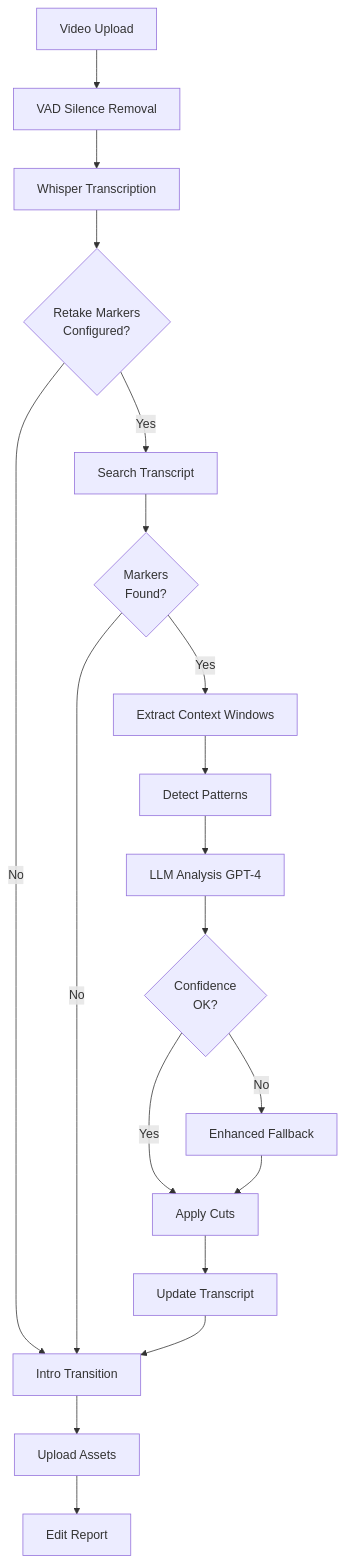
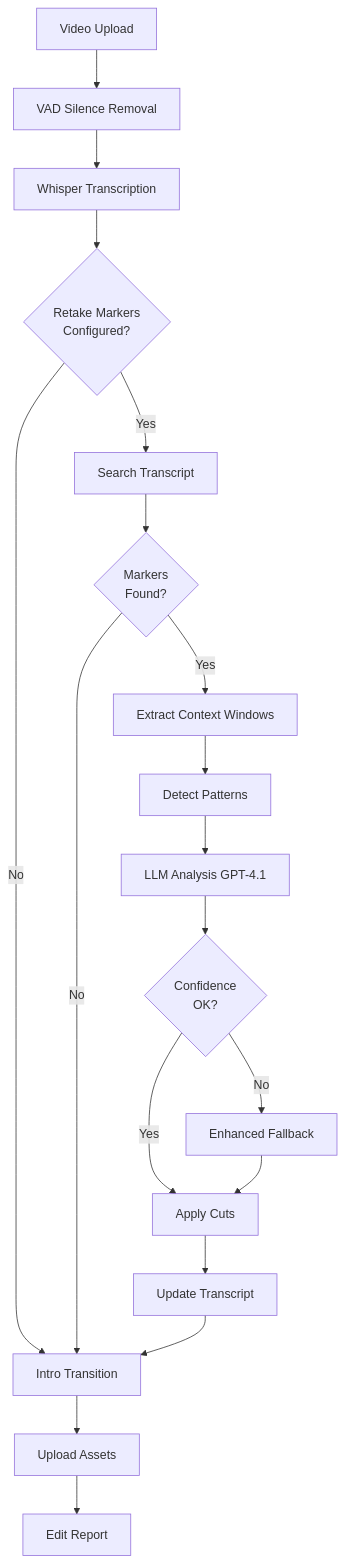
Before and after one commit to hcthisen/Vibe---Youtube-Workflow: the diagram in workers/media/docs/RETAKE_DETECTION.md, drawn with Mermaid. The commit also changed other lines of this file and 16 other files, not shown here.

````diff
--- a/workers/media/docs/RETAKE_DETECTION.md
+++ b/workers/media/docs/RETAKE_DETECTION.md
@@ -43,21 +43,21 @@
 ```mermaid
 graph TD
     A[Video Upload] --> B[VAD Silence Removal]
     B --> C[Whisper Transcription]
     C --> D{Retake Markers<br/>Configured?}
     D -->|No| I[Intro Transition]
     D -->|Yes| E[Search Transcript]
     E --> F{Markers<br/>Found?}
     F -->|No| I
     F -->|Yes| G[Extract Context Windows]
     G --> H[Detect Patterns]
-    H --> J[LLM Analysis GPT-4]
+    H --> J[LLM Analysis GPT-4.1]
     J --> K{Confidence<br/>OK?}
     K -->|Yes| L[Apply Cuts]
     K -->|No| M[Enhanced Fallback]
     M --> L
     L --> N[Update Transcript]
     N --> I
     I --> O[Upload Assets]
     O --> P[Edit Report]
 ```
````
